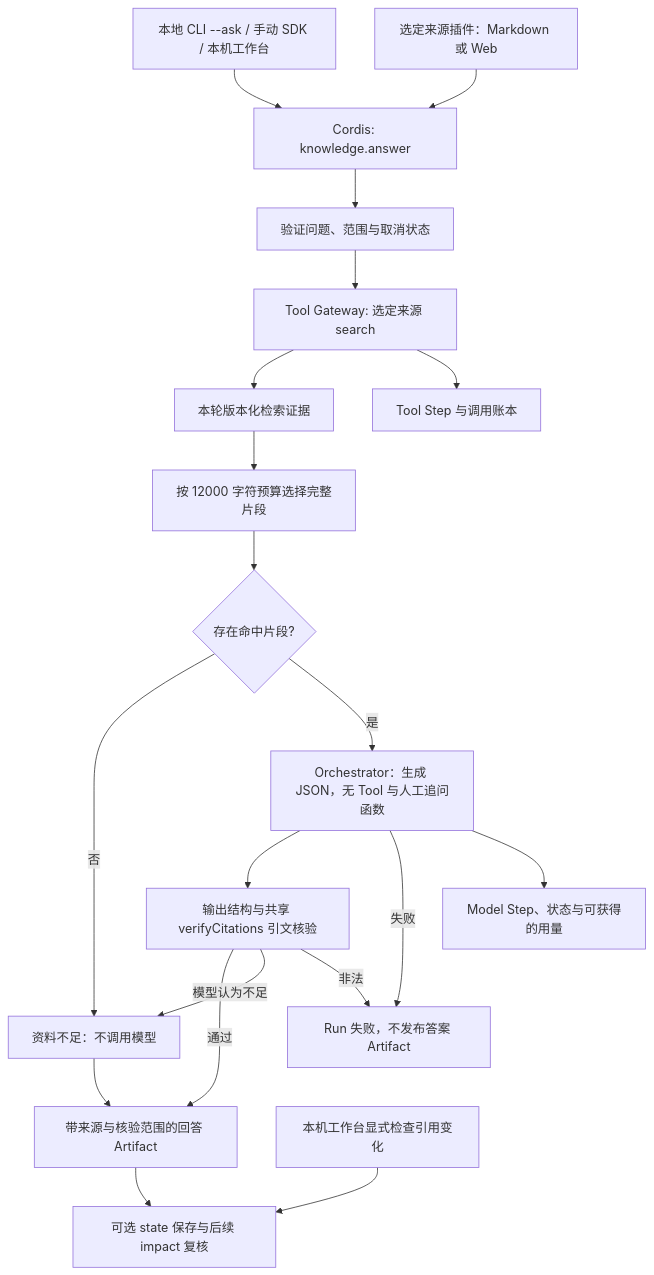
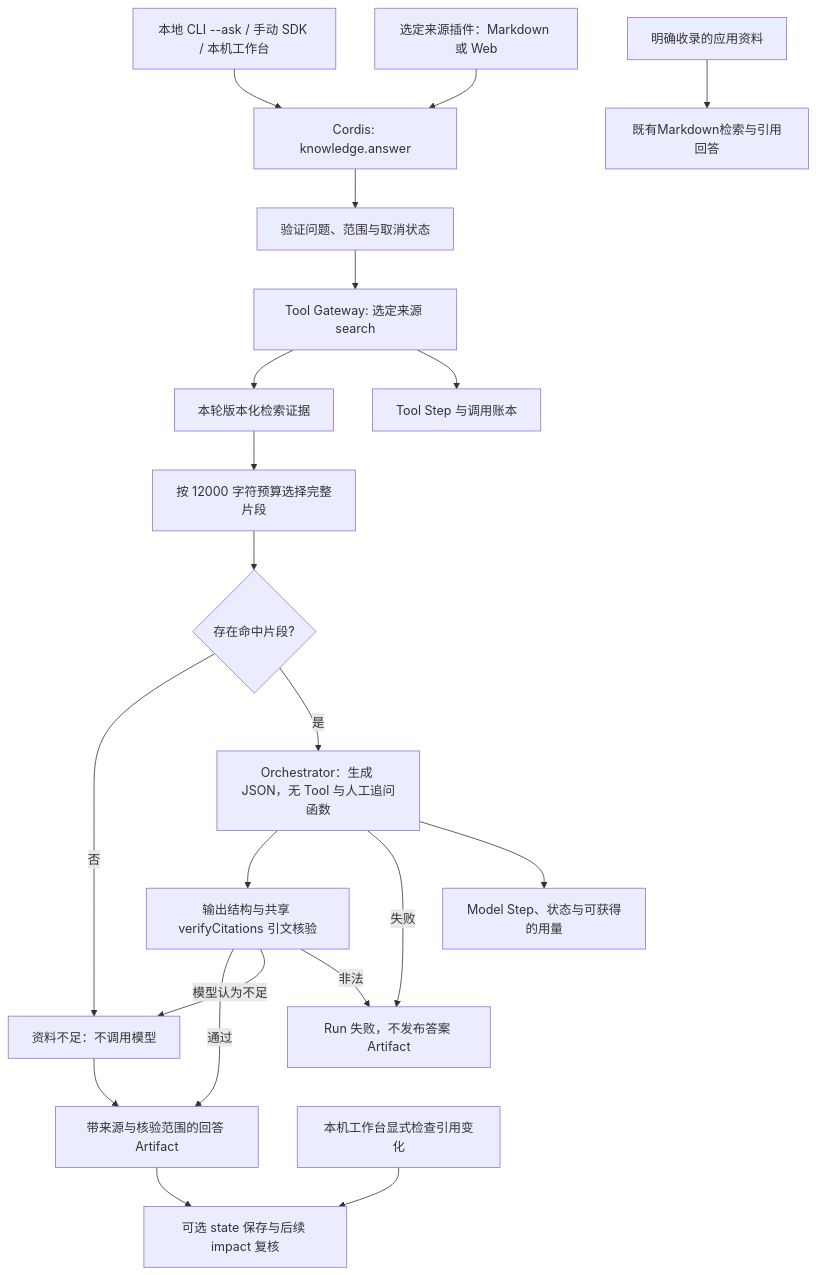
The diagram in backend/src/knowledge/answer/FEATURE.md (KlayPeter/AI-Delivery-Ops-Agent), drawn with Mermaid before and after one commit. The commit also changed other lines of this file and 29 other files, not shown here.

````diff
--- a/backend/src/knowledge/answer/FEATURE.md
+++ b/backend/src/knowledge/answer/FEATURE.md
@@ -22,22 +22,23 @@
 ```mermaid
 flowchart TD
     U[本地 CLI --ask / 手动 SDK / 本机工作台] --> P[Cordis: knowledge.answer]
     S[选定来源插件：Markdown 或 Web] --> P
     P --> V[验证问题、范围与取消状态]
     V --> T[Tool Gateway: 选定来源 search]
     T --> E[本轮版本化检索证据]
     E --> C[按 12000 字符预算选择完整片段]
     C --> N{存在命中片段?}
     N -- 否 --> A[资料不足：不调用模型]
     N -- 是 --> M[Orchestrator：生成 JSON，无 Tool 与人工追问函数]
     M --> K[输出结构与共享 verifyCitations 引文核验]
     R --> HI[可选 state 保存与后续 impact 复核]
     UI[本机工作台显式检查引用变化] --> HI
     K -- 通过 --> R[带来源与核验范围的回答 Artifact]
     K -- 模型认为不足 --> A
     K -- 非法 --> F[Run 失败，不发布答案 Artifact]
     M -- 失败 --> F
     T --> L[Tool Step 与调用账本]
     M --> L2[Model Step、状态与可获得的用量]
     A --> R
+    KLIB[明确收录的应用资料] --> KLR[既有Markdown检索与引用回答]
 ```
````
